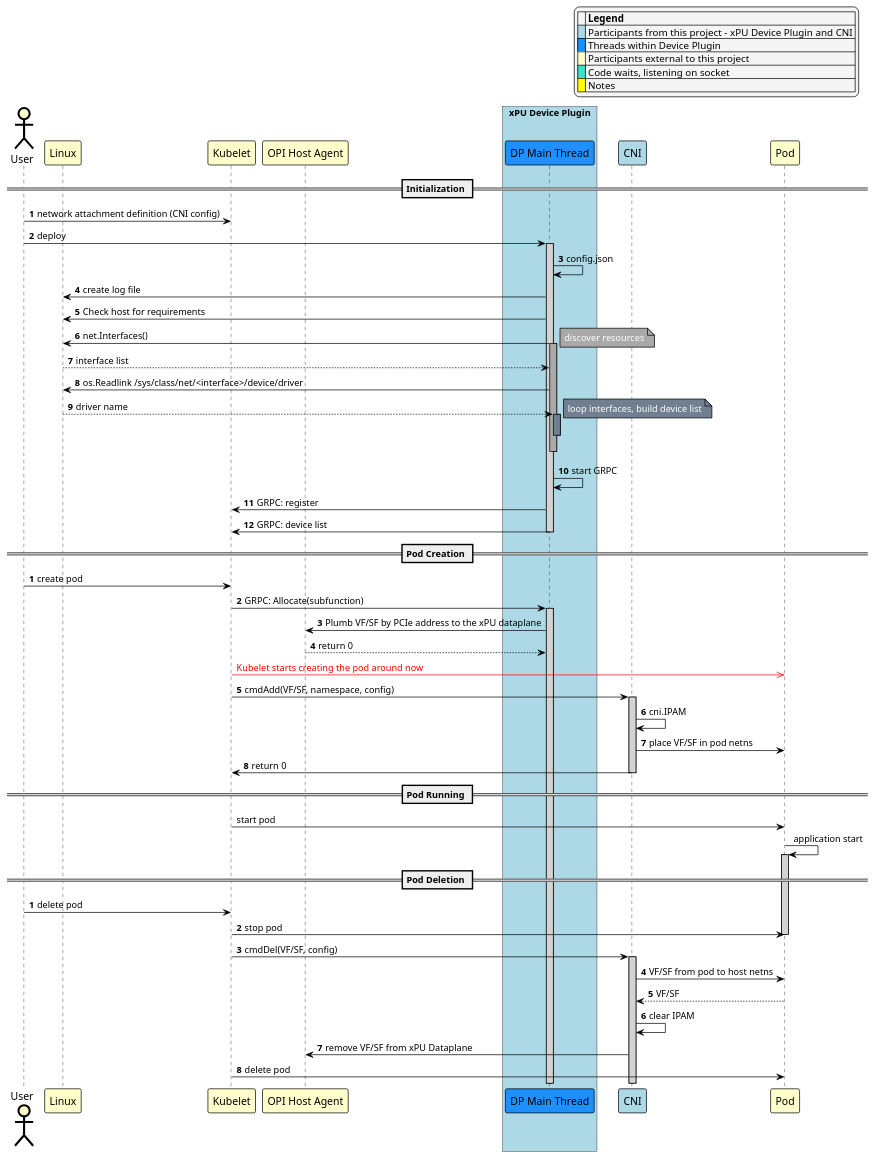
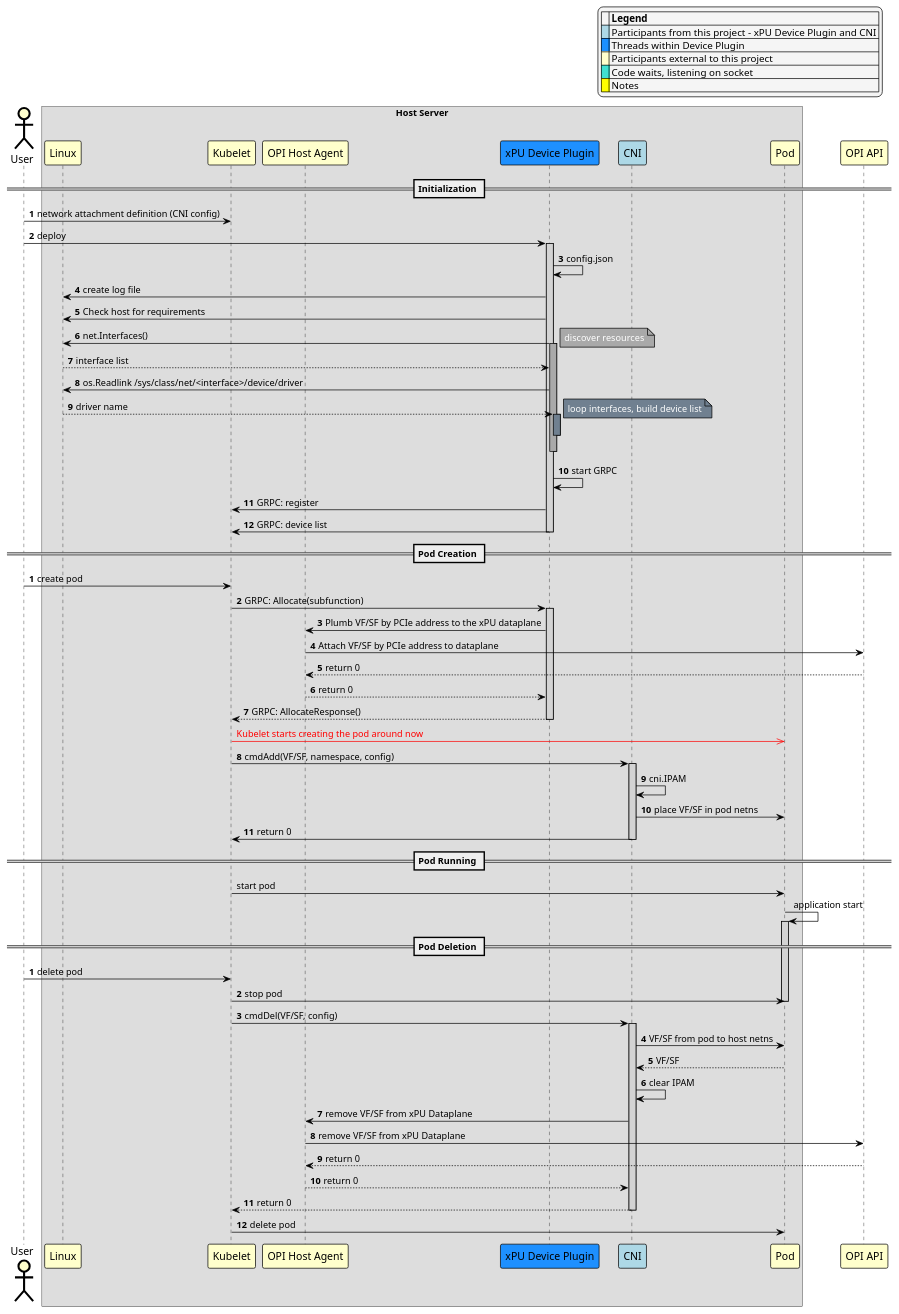
The diagram in sequence-diagrams/puml/device-plugin.puml (redhat-et/ekho), drawn with PlantUML before and after one commit. The commit also changed 2 other files, not shown here.

Commit message:
update device plugin provisioning diagrams options

```diff
--- a/sequence-diagrams/puml/device-plugin.puml
+++ b/sequence-diagrams/puml/device-plugin.puml
@@ -1,138 +1,146 @@
 @startuml
 
 skinparam noteBorderColor Black
 skinparam noteBorderThickness 1
 skinparam noteBackgroundColor Yellow
 skinparam legendBackgroundColor WhiteSmoke
 
 skinparam sequence {
 	BoxBorderColor Black
 	BoxFontSize 20
 
 	ArrowColor Black
 	ArrowThickness 1
 
 	ActorBorderColor Black
 	ActorBorderThickness 3
 	ActorBackgroundColor Business
 	ActorFontSize 15
 
 	ParticipantBorderColor Black
 	ParticipantBorderThickness 1
 	ParticipantBackgroundColor Business
 	ParticipantFontSize 15
 
 	LifeLineBorderColor Black
 	LifeLineBorderThickness 1
 	LifeLineBackgroundColor LightGray
 }
 
 
  legend top right
 |= |= Legend |
 |<back:LightBlue>   </back>| Participants from this project - xPU Device Plugin and CNI |
 |<back:Dodgerblue>   </back>| Threads within Device Plugin |
 |<back:Business>   </back>| Participants external to this project |
 |<back:Turquoise>   </back>| Code waits, listening on socket |
 |<back:Yellow>   </back>| Notes |
 endlegend
 
 
 
 actor "User"
-participant "Linux"
-participant "Kubelet"
-participant "OPI Host Agent"
-box "xPU Device Plugin" #LightBlue
-	participant "DP Main Thread" #dodgerblue
-end box
+box "Host Server"
+	participant "Linux"
+	participant "Kubelet"
+	participant "OPI Host Agent"
+	participant "xPU Device Plugin" #dodgerblue
 participant "CNI" #LightBlue
 participant "Pod"
+end box
 
 == Initialization ==
 autonumber
 
 "User" -> "Kubelet": network attachment definition (CNI config)
-"User" -> "DP Main Thread": deploy
-activate "DP Main Thread"
+"User" -> "xPU Device Plugin": deploy
+activate "xPU Device Plugin"
 
-"DP Main Thread" -> "DP Main Thread": config.json
-"DP Main Thread" -> "Linux": create log file
-"DP Main Thread" -> "Linux" : Check host for requirements
-"DP Main Thread" -> "Linux": net.Interfaces()
+"xPU Device Plugin" -> "xPU Device Plugin": config.json
+"xPU Device Plugin" -> "Linux": create log file
+"xPU Device Plugin" -> "Linux" : Check host for requirements
+"xPU Device Plugin" -> "Linux": net.Interfaces()
 
-activate "DP Main Thread" #DarkGray
+activate "xPU Device Plugin" #DarkGray
 note right #DarkGray: <color #White>discover resources</color>
 
-"Linux" --> "DP Main Thread": interface list
+"Linux" --> "xPU Device Plugin": interface list
 
-"DP Main Thread" -> "Linux" : os.Readlink /sys/class/net/<interface>/device/driver
-"Linux" --> "DP Main Thread" : driver name
+"xPU Device Plugin" -> "Linux" : os.Readlink /sys/class/net/<interface>/device/driver
+"Linux" --> "xPU Device Plugin" : driver name
 
-activate "DP Main Thread" #SlateGray
+activate "xPU Device Plugin" #SlateGray
 note right #SlateGray: <color #White>loop interfaces, build device list</color>
 
-deactivate "DP Main Thread"
+deactivate "xPU Device Plugin"
 
 autonumber stop
-"DP Main Thread" [hidden]-> "DP Main Thread"
+"xPU Device Plugin" [hidden]-> "xPU Device Plugin"
 autonumber resume
 
-deactivate "DP Main Thread"
+deactivate "xPU Device Plugin"
 
-"DP Main Thread" -> "DP Main Thread": start GRPC
-"DP Main Thread" -> "Kubelet": GRPC: register
-"DP Main Thread" -> "Kubelet": GRPC: device list
+"xPU Device Plugin" -> "xPU Device Plugin": start GRPC
+"xPU Device Plugin" -> "Kubelet": GRPC: register
+"xPU Device Plugin" -> "Kubelet": GRPC: device list
 
-deactivate "DP Main Thread"
+deactivate "xPU Device Plugin"
 
 == Pod Creation ==
 autonumber
 
 "User" -> "Kubelet": create pod
-"Kubelet" -> "DP Main Thread": GRPC: Allocate(subfunction)
-activate "DP Main Thread"
+"Kubelet" -> "xPU Device Plugin": GRPC: Allocate(subfunction)
+activate "xPU Device Plugin"
 
-"DP Main Thread" -> "OPI Host Agent" : Plumb VF/SF by PCIe address to the xPU dataplane
-"OPI Host Agent" --> "DP Main Thread" : return 0
-
+"xPU Device Plugin" -> "OPI Host Agent" : Plumb VF/SF by PCIe address to the xPU dataplane
+"OPI Host Agent"->"OPI API": Attach VF/SF by PCIe address to dataplane
+"OPI API"--> "OPI Host Agent": return 0
+"OPI Host Agent" --> "xPU Device Plugin" : return 0
+"xPU Device Plugin" --> "Kubelet": GRPC: AllocateResponse()
+deactivate "xPU Device Plugin"
 
 autonumber stop
 "Kubelet" -[#Red]>> "Pod" : <color:Red>Kubelet starts creating the pod around now
 autonumber resume
 
 "Kubelet" -> "CNI" : cmdAdd(VF/SF, namespace, config)
 activate "CNI"
 "CNI" -> "CNI" : cni.IPAM
 
 "CNI" -> "Pod" : place VF/SF in pod netns
 "CNI" -> "Kubelet" : return 0
 
 deactivate "CNI"
 
 autonumber stop
 
 == Pod Running ==
 
 "Kubelet" -> "Pod" : start pod
 "Pod" -> "Pod" : application start
 activate "Pod"
 
 
 == Pod Deletion ==
 autonumber
 
 "User" -> "Kubelet": delete pod
 "Kubelet" -> "Pod" : stop pod
 deactivate "Pod"
 "Kubelet" -> "CNI" : cmdDel(VF/SF, config)
 activate "CNI"
 "CNI" -> "Pod" : VF/SF from pod to host netns
 "Pod" --> "CNI" : VF/SF
 "CNI" -> "CNI" : clear IPAM
 "CNI" -> "OPI Host Agent": remove VF/SF from xPU Dataplane
+"OPI Host Agent" -> "OPI API": remove VF/SF from xPU Dataplane
+"OPI API" -->  "OPI Host Agent": return 0
+"OPI Host Agent"--> "CNI": return 0
+"CNI" --> "Kubelet": return 0
+deactivate "CNI"
 
 "Kubelet" -> "Pod" : delete pod
 deactivate "Pod"
 
 @enduml
```
